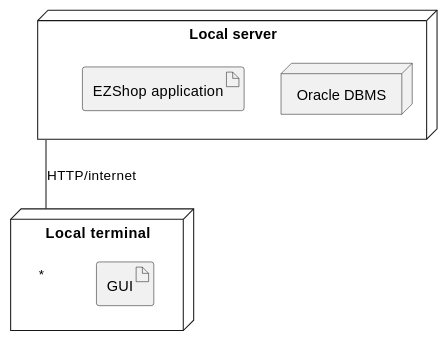
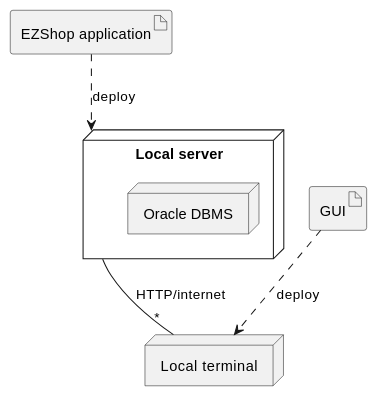
The seventh of 7 diagrams in Deliverables/RequirementsDocument.md (nicolabattaglino/ezshop), drawn with PlantUML before and after one commit. The commit also changed other lines of this file, not shown here.

Commit message:
Updated uc diagram

````diff
--- a/Deliverables/RequirementsDocument.md
+++ b/Deliverables/RequirementsDocument.md
@@ -934,17 +945,18 @@
 ```plantuml
 @startuml
 
-node "Local server" as localServer{
-artifact "EZShop application" as EZShop{
-}
-node "Oracle DBMS" as generalDB
-}
-node "Local terminal" as localTerminal{
-artifact "GUI" as gui
+artifact "EZShop application" as EZShop
+node "Local server" as localServer {
+	node "Oracle DBMS" as generalDB
 }
 
+node "Local terminal" as localTerminal
+artifact "GUI" as gui
+
+
 localServer -- "*" localTerminal :HTTP/internet
-
+EZShop ..> localServer:deploy
+gui ..> localTerminal:deploy
 @enduml
 
 ```
````
